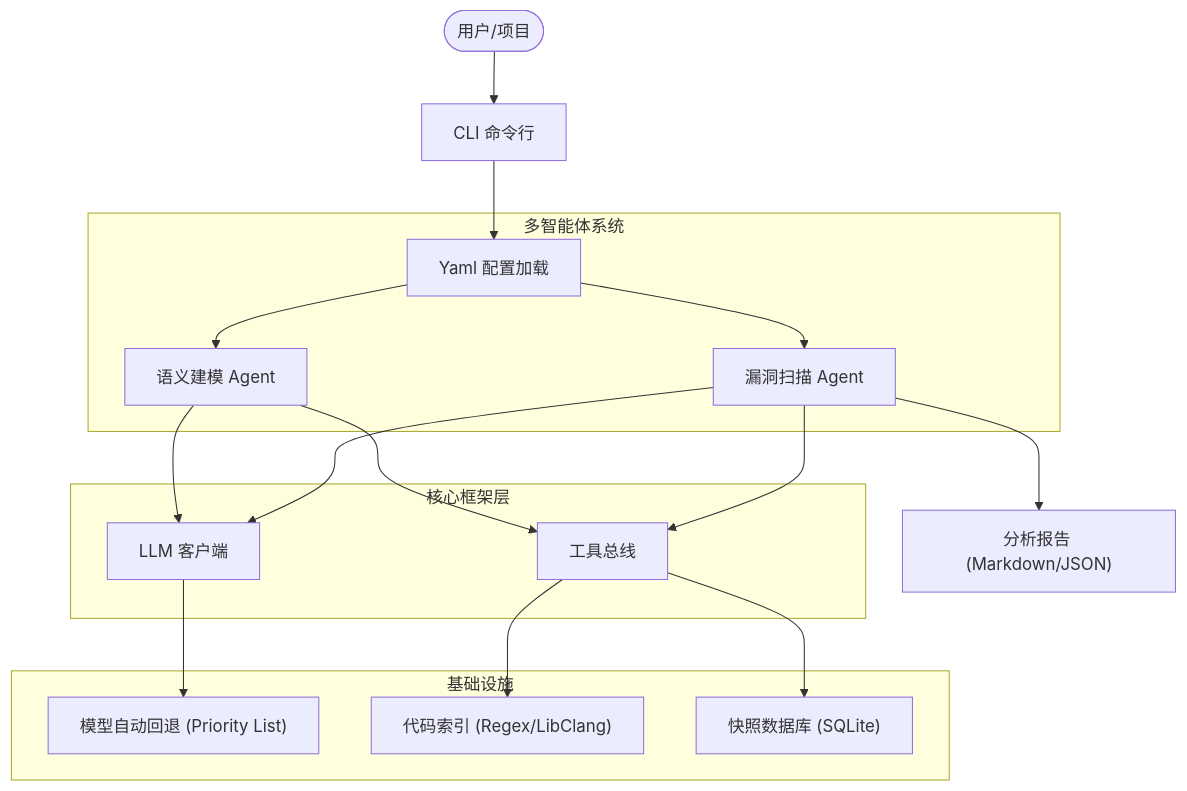
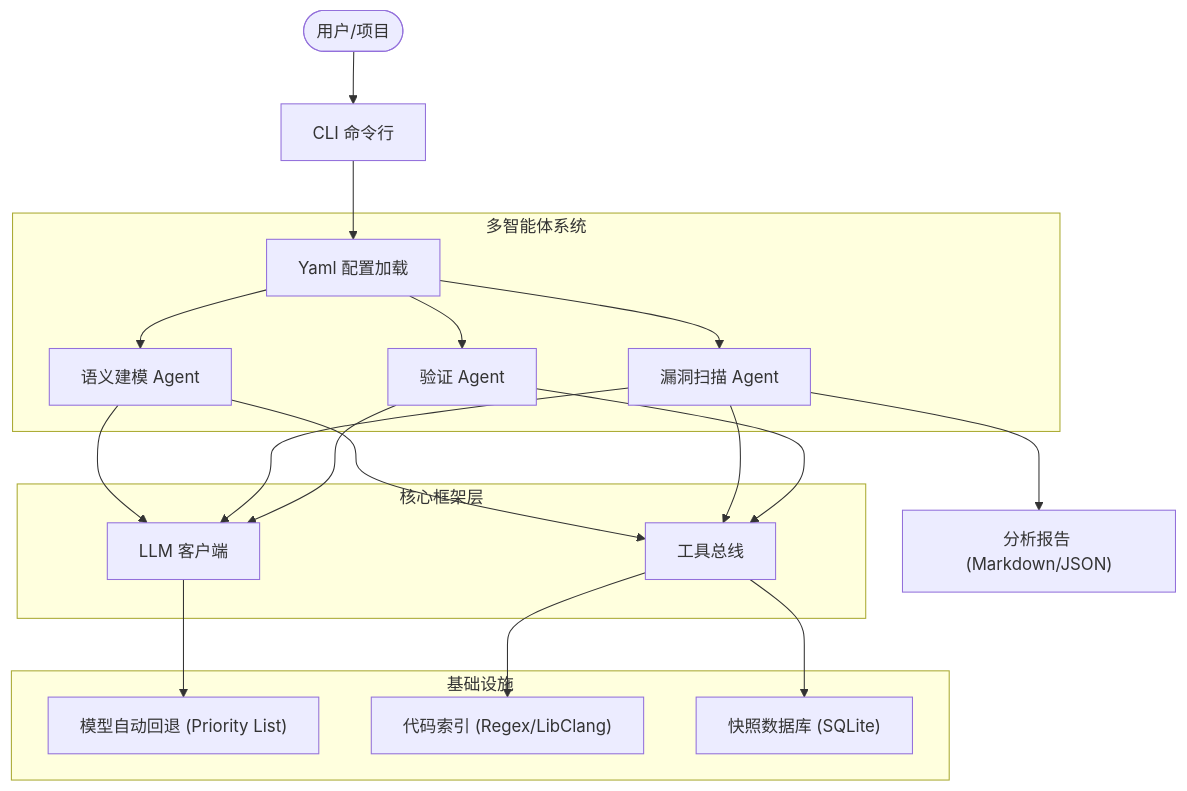
One commit to zealousness/Z-Scope changed the diagram in zscope/README.md. Above: the diagram before and after it, drawn with Mermaid. The commit also changed other lines of this file and 61 other files, not shown here.

````diff
--- a/zscope/README.md
+++ b/zscope/README.md
@@ -17,25 +19,28 @@
 ```mermaid
 graph TD
     User([用户/项目]) --> CLI[CLI 命令行]
     CLI --> Config[Yaml 配置加载]
     
     subgraph Agents [多智能体系统]
         Config --> Modeler[语义建模 Agent]
         Config --> Analyzer[漏洞扫描 Agent]
+        Config --> Validator[验证 Agent]
     end
     
     subgraph Framework [核心框架层]
         Modeler --> ToolBus[工具总线]
         Analyzer --> ToolBus
+        Validator --> ToolBus
         Modeler --> LLM[LLM 客户端]
         Analyzer --> LLM
+        Validator --> LLM
     end
     
     subgraph Infrastructure [基础设施]
         LLM --> Fallback["模型自动回退 (Priority List)"]
         ToolBus --> CodeIndex["代码索引 (Regex/LibClang)"]
         ToolBus --> SnapStore["快照数据库 (SQLite)"]
     end
     
     Analyzer --> Reports["分析报告 (Markdown/JSON)"]
 ```
````
